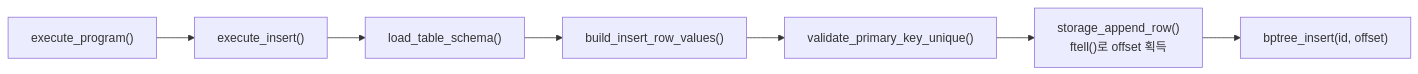
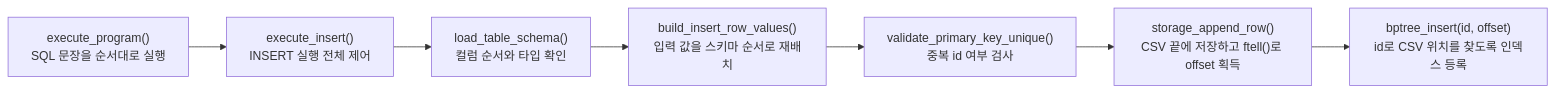
One commit to Jungle-12-303/week7-02-sql-index changed the first of 2 diagrams in README_7.md. Above: the diagram before and after it, drawn with Mermaid. The commit also changed other lines of this file, not shown here.

````diff
--- a/README_7.md
+++ b/README_7.md
@@ -23,9 +23,9 @@
 ```mermaid
 flowchart LR
-    A["execute_program()"] --> B["execute_insert()"]
-    B --> C["load_table_schema()"]
-    C --> D["build_insert_row_values()"]
-    D --> E["validate_primary_key_unique()"]
-    E --> F["storage_append_row()<br/>ftell()로 offset 획득"]
-    F --> G["bptree_insert(id, offset)"]
+    A["execute_program()<br/>SQL 문장을 순서대로 실행"] --> B["execute_insert()<br/>INSERT 실행 전체 제어"]
+    B --> C["load_table_schema()<br/>컬럼 순서와 타입 확인"]
+    C --> D["build_insert_row_values()<br/>입력 값을 스키마 순서로 재배치"]
+    D --> E["validate_primary_key_unique()<br/>중복 id 여부 검사"]
+    E --> F["storage_append_row()<br/>CSV 끝에 저장하고 ftell()로 offset 획득"]
+    F --> G["bptree_insert(id, offset)<br/>id로 CSV 위치를 찾도록 인덱스 등록"]
 ```
````
